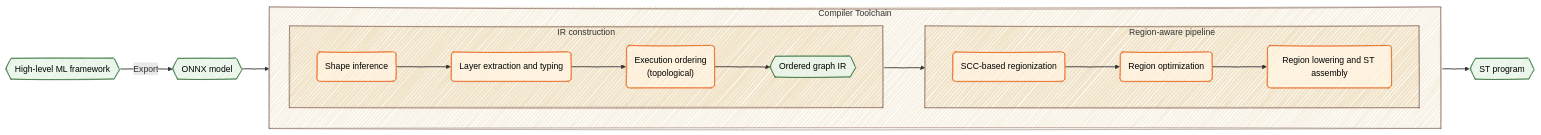
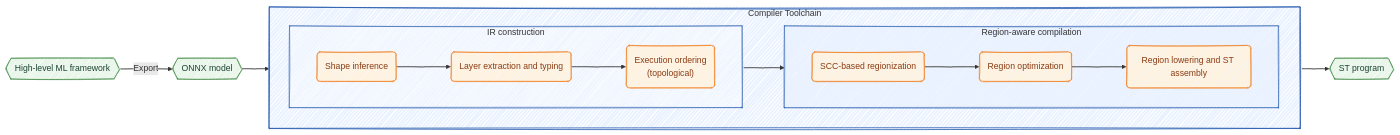
The diagram in imgs/pipeline.md (TheRealNestor/ml2plc), drawn with Mermaid before and after one commit.

Commit message:
small tweak to diagram

````diff
--- a/imgs/pipeline.md
+++ b/imgs/pipeline.md
@@ -1,43 +1,42 @@
 ```mermaid
 %%{init: {'look': 'handDrawn', 'theme': 'default'}}%%
 flowchart LR
     %% --- Styling ---
-    classDef rep shape:hexagon,fill:#e8f5e8,stroke:#1b5e20,stroke-width:1px,color:black
-    classDef action shape:rounded,fill:#fff3e0,stroke:#e65100,stroke-width:1px,color:black
+    classDef rep shape:hexagon,fill:#e8f5e9,stroke:#2e7d32,stroke-width:1px,color:#1b4332
+    classDef action shape:rounded,fill:#fff3e0,stroke:#ef6c00,stroke-width:1px,color:#8a3b12
 
     %% --- Nodes ---
     Source{{High-level ML framework}}:::rep
     Input{{ONNX model}}:::rep
-    OrderedIR{{Ordered graph IR}}:::rep
     Output{{ST program}}:::rep
 
     Shape("Shape inference"):::action
     BuildIR("Layer extraction and typing"):::action
     Order("Execution ordering\n(topological)"):::action
     Regionize("SCC-based regionization"):::action
     Optimize("Region optimization"):::action
     Lower("Region lowering and ST assembly"):::action
 
     %% --- Connections ---
     Source -->|Export| Input
     Input --> Shape
 
     subgraph Toolchain ["Compiler Toolchain"]
         direction LR
         subgraph IRBuildGroup ["IR construction"]
             direction LR
-            Shape --> BuildIR --> Order --> OrderedIR
+            Shape --> BuildIR --> Order
         end
 
-        subgraph RegionFlowGroup ["Region-aware pipeline"]
+        subgraph RegionFlowGroup ["Region-aware compilation"]
             direction LR
-            OrderedIR --> Regionize --> Optimize --> Lower
+            Order --> Regionize --> Optimize --> Lower
         end
     end
 
-    style Toolchain fill:#f7f1e3,stroke:#8d6e63,stroke-width:1px
-    style IRBuildGroup fill:#f1e3c8,stroke:#8d6e63,stroke-width:1px
-    style RegionFlowGroup fill:#f1e3c8,stroke:#8d6e63,stroke-width:1px
+    style Toolchain fill:#eaf2ff,stroke:#2a5db0,stroke-width:1.5px
+    style IRBuildGroup fill:#f4f8ff,stroke:#2a5db0,stroke-width:1px
+    style RegionFlowGroup fill:#eaf2ff,stroke:#2a5db0,stroke-width:1px
 
     Lower --> Output
 ```
````
